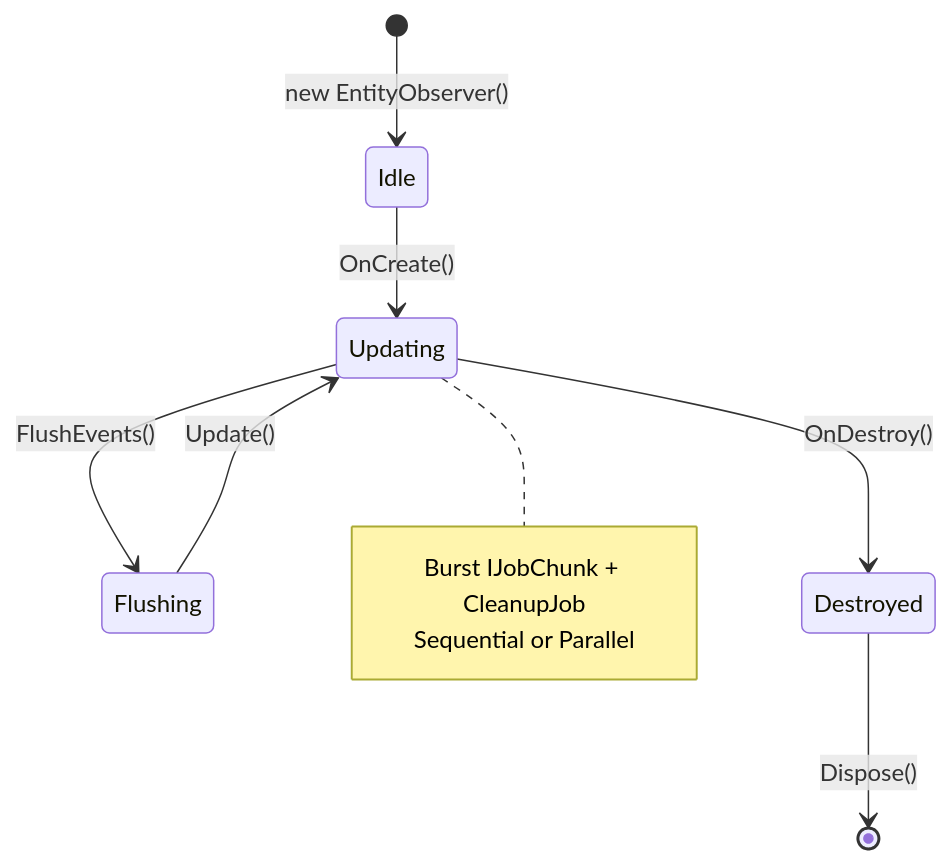
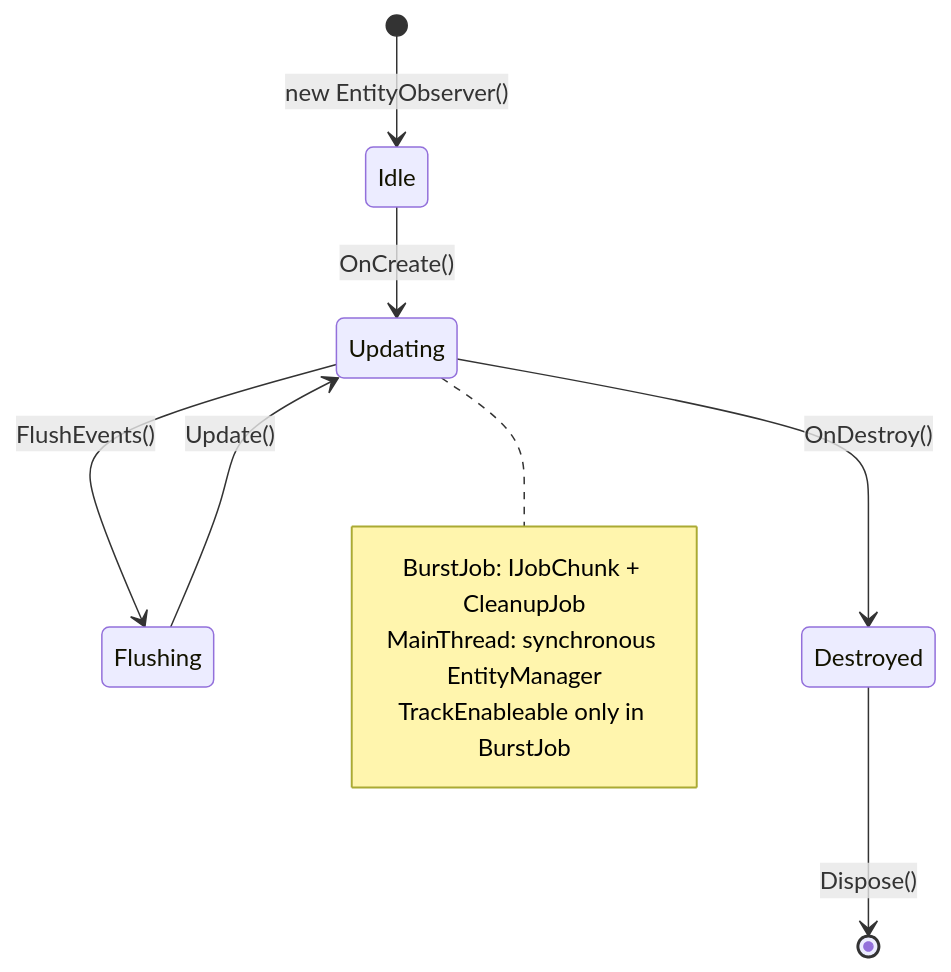
Before and after one commit to About00/dots-observer: the second of 3 diagrams in README.md, drawn with Mermaid. The commit also changed other lines of this file and 13 other files, not shown here.

````diff
--- a/README.md
+++ b/README.md
@@ -176,14 +189,15 @@
 ```mermaid
 stateDiagram-v2
     [*] --> Idle : new EntityObserver<T>()
     Idle --> Updating : OnCreate()
     Updating --> Flushing : FlushEvents()
     Flushing --> Updating : Update()
     Updating --> Destroyed : OnDestroy()
     Destroyed --> [*] : Dispose()
 
     note right of Updating
-        Burst IJobChunk + CleanupJob
-        Sequential or Parallel
+        BurstJob: IJobChunk + CleanupJob
+        MainThread: synchronous EntityManager
+        TrackEnableable only in BurstJob
     end note
 ```
````
